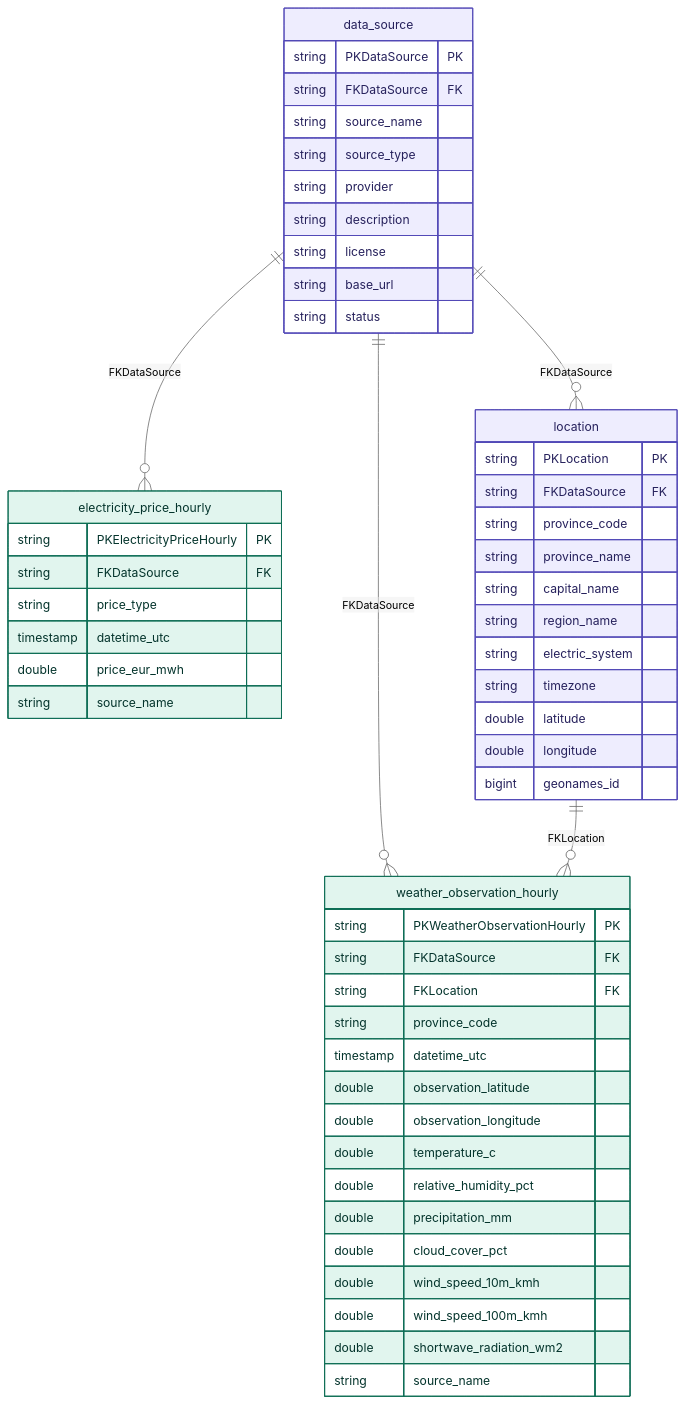
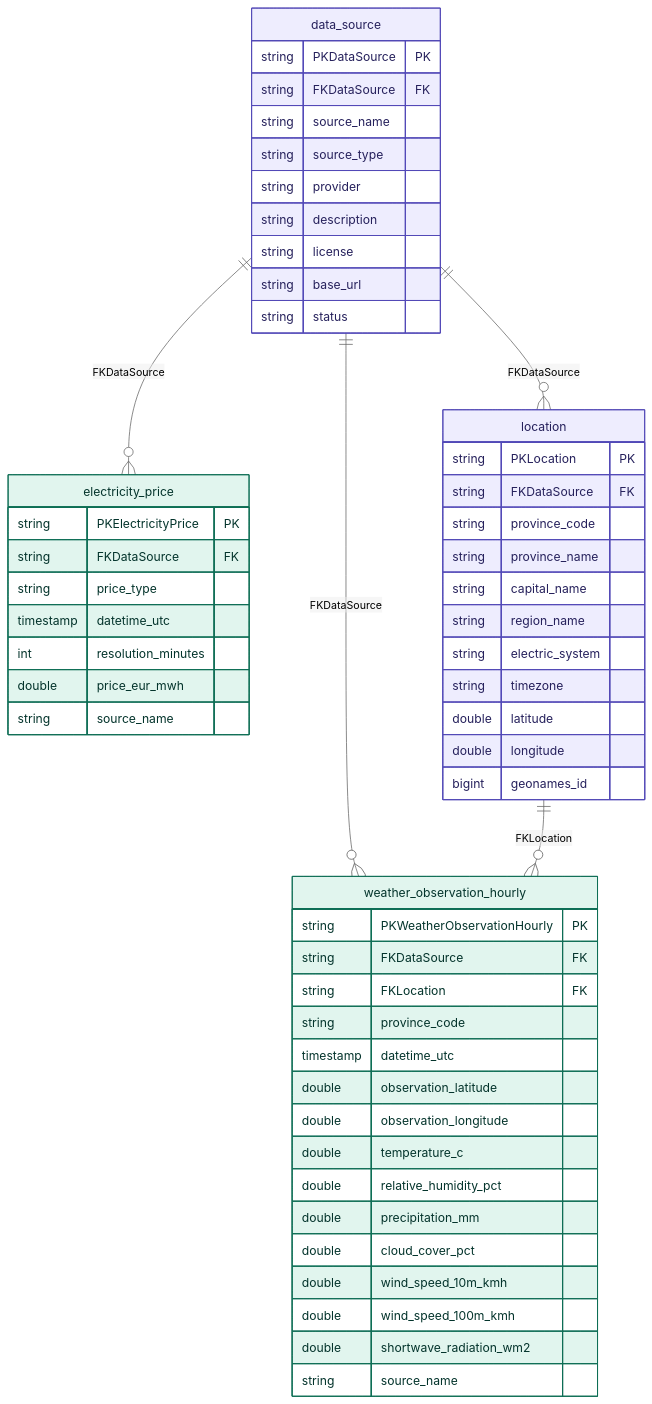
The diagram in docs/silver_data_model.md (antogarper/databricks-ai-medallion), drawn with Mermaid (neutral theme) before and after one commit. The commit also changed other lines of this file and 9 other files, not shown here.

````diff
--- a/docs/silver_data_model.md
+++ b/docs/silver_data_model.md
@@ -10,60 +10,61 @@
 ```mermaid
 erDiagram
-  data_source ||--o{ electricity_price_hourly : "FKDataSource"
+  data_source ||--o{ electricity_price : "FKDataSource"
   data_source ||--o{ location : "FKDataSource"
   data_source ||--o{ weather_observation_hourly : "FKDataSource"
   location ||--o{ weather_observation_hourly : "FKLocation"
   data_source {
     string PKDataSource PK
     string FKDataSource FK
     string source_name
     string source_type
     string provider
     string description
     string license
     string base_url
     string status
   }
-  electricity_price_hourly {
-    string PKElectricityPriceHourly PK
+  electricity_price {
+    string PKElectricityPrice PK
     string FKDataSource FK
     string price_type
     timestamp datetime_utc
+    int resolution_minutes
     double price_eur_mwh
     string source_name
   }
   location {
     string PKLocation PK
     string FKDataSource FK
     string province_code
     string province_name
     string capital_name
     string region_name
     string electric_system
     string timezone
     double latitude
     double longitude
     bigint geonames_id
   }
   weather_observation_hourly {
     string PKWeatherObservationHourly PK
     string FKDataSource FK
     string FKLocation FK
     string province_code
     timestamp datetime_utc
     double observation_latitude
     double observation_longitude
     double temperature_c
     double relative_humidity_pct
     double precipitation_mm
     double cloud_cover_pct
     double wind_speed_10m_kmh
     double wind_speed_100m_kmh
     double shortwave_radiation_wm2
     string source_name
   }
   classDef entity fill:#E1F5EE,stroke:#0F6E56,color:#04342C
-  class electricity_price_hourly,weather_observation_hourly entity
+  class electricity_price,weather_observation_hourly entity
   classDef reference fill:#EEEDFE,stroke:#534AB7,color:#26215C
   class data_source,location reference
 ```
````
